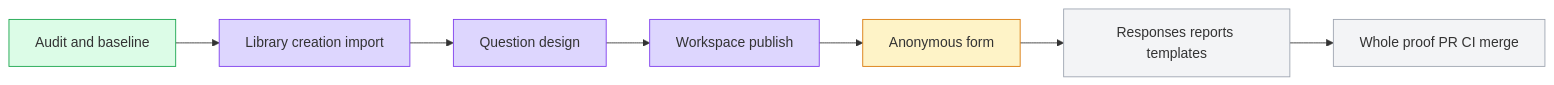
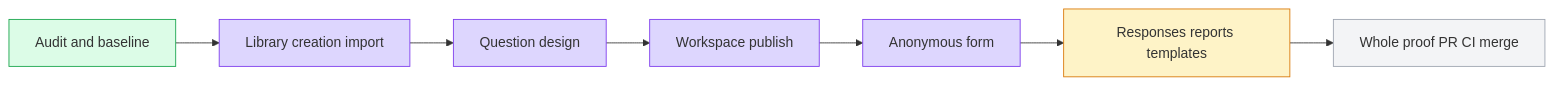
One commit to boardx/workspacex changed the diagram in docs/design/i18n-survey-journey/plan.md. Above: the diagram before and after it, drawn with Mermaid. The commit also changed other lines of this file and 5 other files, not shown here.

````diff
--- a/docs/design/i18n-survey-journey/plan.md
+++ b/docs/design/i18n-survey-journey/plan.md
@@ -28,13 +28,13 @@
 ```mermaid
 flowchart LR
  A[Audit and baseline] --> B[Library creation import] --> C[Question design] --> D[Workspace publish] --> E[Anonymous form] --> F[Responses reports templates] --> G[Whole proof PR CI merge]
  classDef active fill:#fef3c7,stroke:#d97706
  classDef tested fill:#ddd6fe,stroke:#7c3aed
  classDef done fill:#dcfce7,stroke:#16a34a
  classDef pending fill:#f3f4f6,stroke:#9ca3af
  class A done
  class B tested
- class C,D tested
- class E active
- class F,G pending
+ class C,D,E tested
+ class F active
+ class G pending
 ```
````
